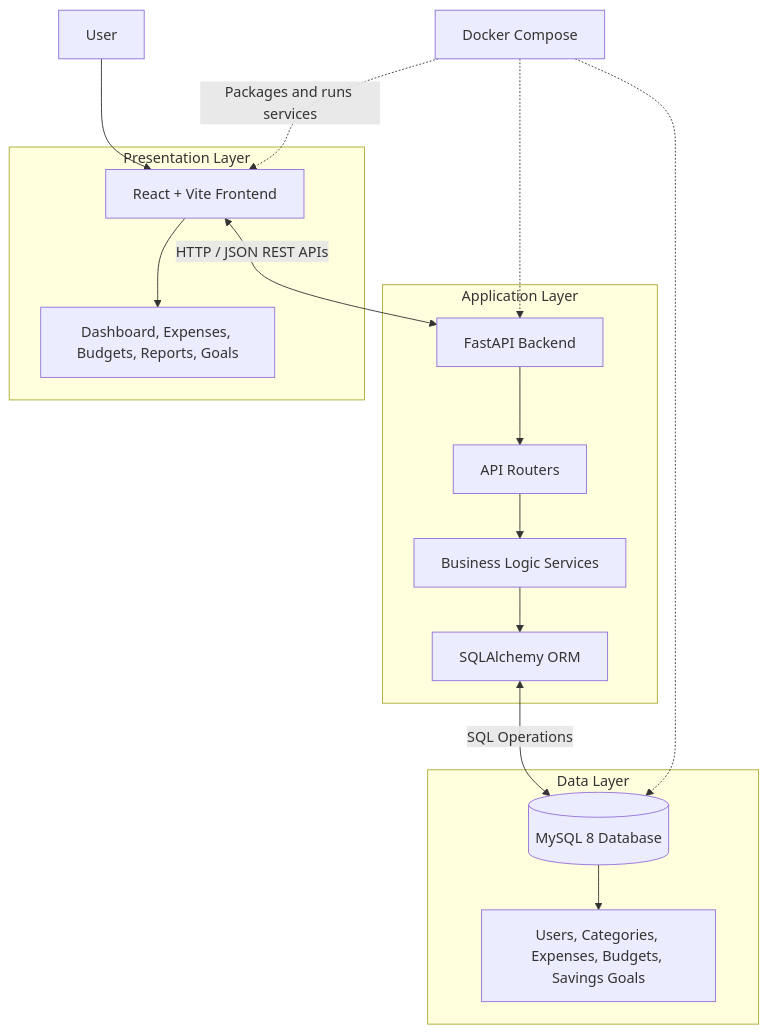
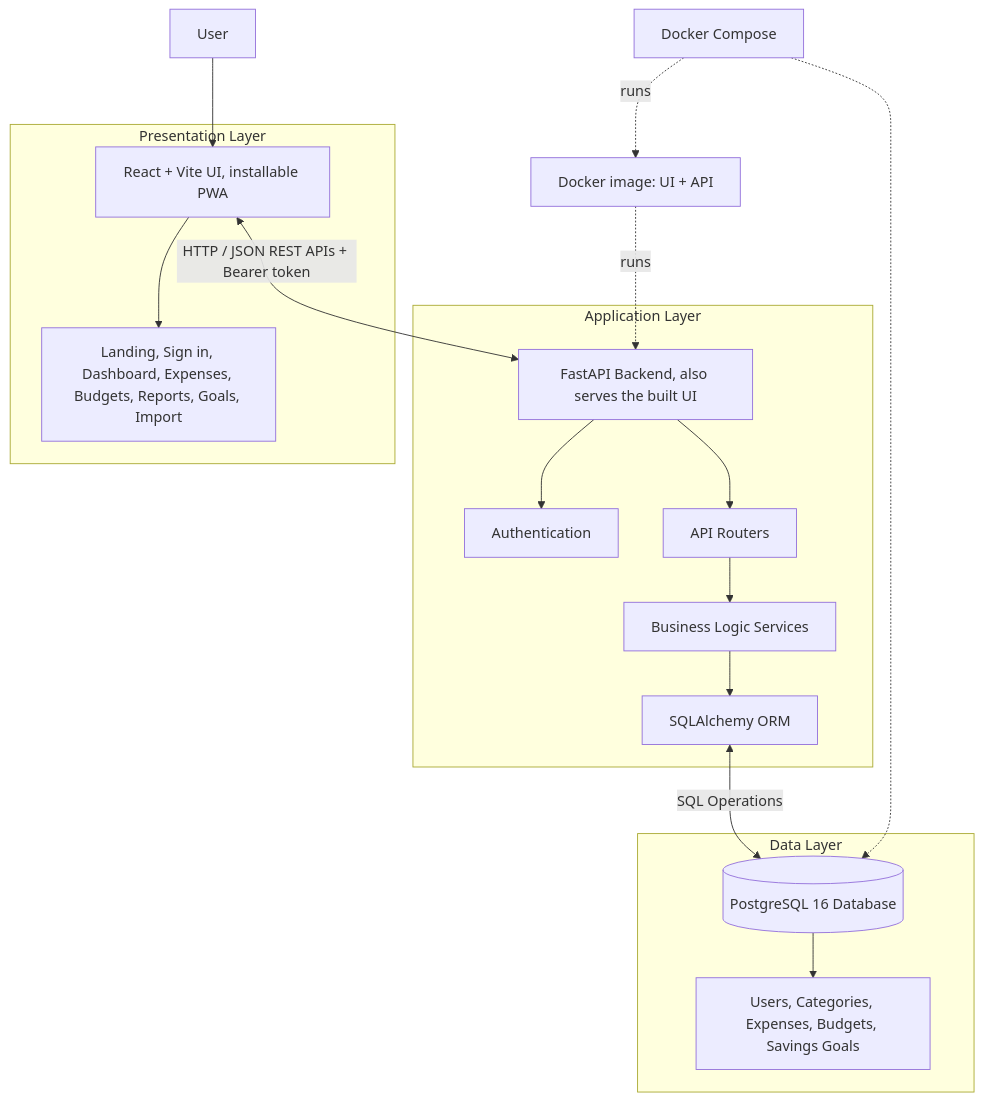
The first of 3 diagrams in README.md (Shubhashree-Badiger/FinTrack), drawn with Mermaid before and after one commit. The commit also changed other lines of this file, not shown here.

Commit message:
docs: update README for PostgreSQL, accounts, import, reports and PWA

````diff
--- a/README.md
+++ b/README.md
@@ -107,35 +147,36 @@
 ```mermaid
 flowchart TD
     U[User] --> FE
 
     subgraph Presentation Layer
-        FE[React + Vite Frontend]
-        UI[Dashboard, Expenses, Budgets, Reports, Goals]
+        FE[React + Vite UI, installable PWA]
+        UI[Landing, Sign in, Dashboard, Expenses, Budgets, Reports, Goals, Import]
         FE --> UI
     end
 
-    FE <-->|HTTP / JSON REST APIs| API
+    FE <-->|HTTP / JSON REST APIs + Bearer token| API
 
     subgraph Application Layer
-        API[FastAPI Backend]
+        API[FastAPI Backend, also serves the built UI]
+        AUTH[Authentication]
         ROUTES[API Routers]
         SERVICES[Business Logic Services]
         ORM[SQLAlchemy ORM]
-
+        API --> AUTH
         API --> ROUTES
         ROUTES --> SERVICES
         SERVICES --> ORM
     end
 
     ORM <-->|SQL Operations| DB
 
     subgraph Data Layer
-        DB[(MySQL 8 Database)]
+        DB[(PostgreSQL 16 Database)]
         TABLES[Users, Categories, Expenses, Budgets, Savings Goals]
         DB --> TABLES
     end
 
-    DOCKER[Docker Compose] -. Packages and runs services .-> FE
-    DOCKER -.-> API
-    DOCKER -.-> DB
+    DOCKER[Docker image: UI + API] -. runs .-> API
+    COMPOSE[Docker Compose] -. runs .-> DOCKER
+    COMPOSE -.-> DB
 ```
````
